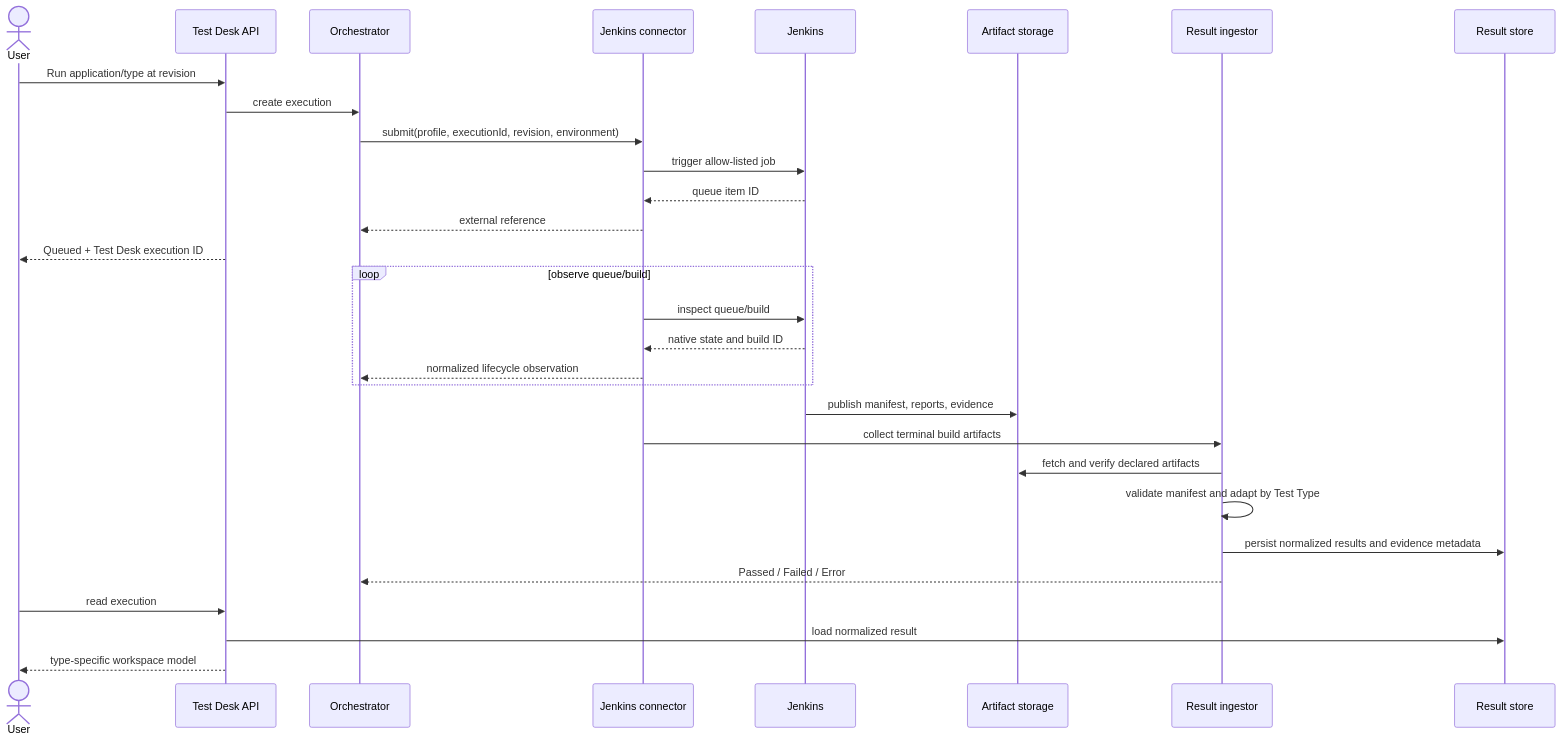
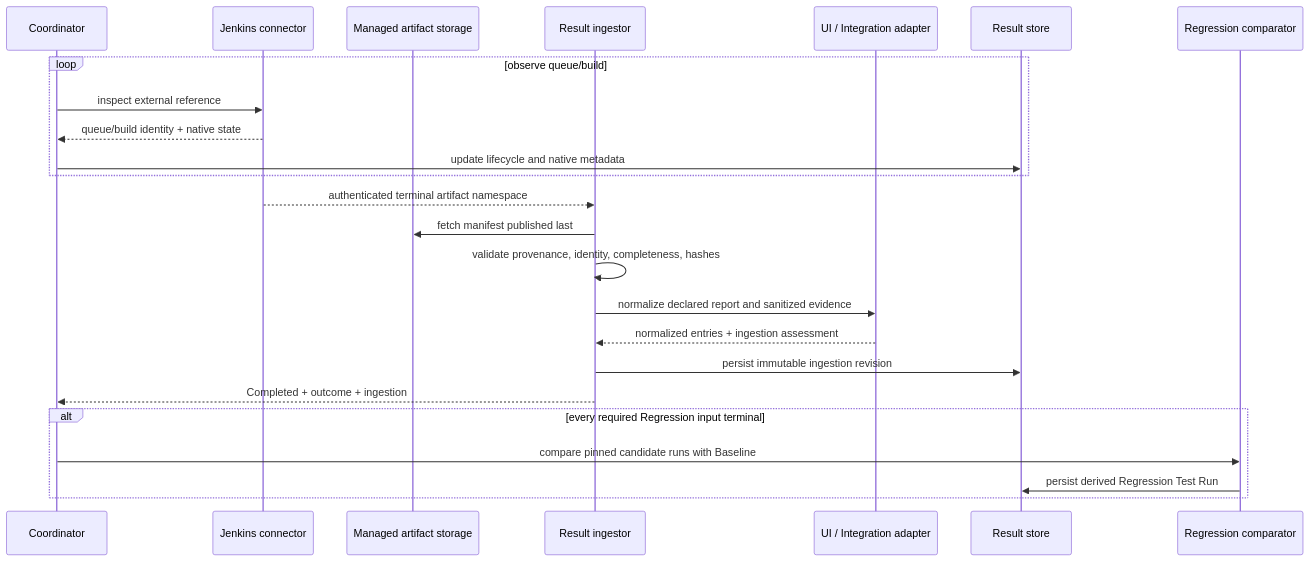
The sixth of 6 diagrams in docs/architecture/jenkins-test-results.md (blantonsbourbon/test-desk), drawn with Mermaid before and after one commit. The commit also changed other lines of this file and 14 other files, not shown here.

Commit message:
docs: update test result architecture and workspaces

````diff
--- a/docs/architecture/jenkins-test-results.md
+++ b/docs/architecture/jenkins-test-results.md
@@ -117,35 +269,29 @@
 ```mermaid
 sequenceDiagram
-    actor User
-    participant API as Test Desk API
-    participant Orch as Orchestrator
-    participant JC as Jenkins connector
-    participant J as Jenkins
-    participant A as Artifact storage
+    participant C as Coordinator
+    participant J as Jenkins connector
+    participant A as Managed artifact storage
     participant I as Result ingestor
-    participant DB as Result store
-
-    User->>API: Run application/type at revision
-    API->>Orch: create execution
-    Orch->>JC: submit(profile, executionId, revision, environment)
-    JC->>J: trigger allow-listed job
-    J-->>JC: queue item ID
-    JC-->>Orch: external reference
-    API-->>User: Queued + Test Desk execution ID
+    participant T as UI / Integration adapter
+    participant S as Result store
+    participant R as Regression comparator
 
     loop observe queue/build
-        JC->>J: inspect queue/build
-        J-->>JC: native state and build ID
-        JC-->>Orch: normalized lifecycle observation
+        C->>J: inspect external reference
+        J-->>C: queue/build identity + native state
+        C->>S: update lifecycle and native metadata
     end
 
-    J->>A: publish manifest, reports, evidence
-    JC->>I: collect terminal build artifacts
-    I->>A: fetch and verify declared artifacts
-    I->>I: validate manifest and adapt by Test Type
-    I->>DB: persist normalized results and evidence metadata
-    I-->>Orch: Passed / Failed / Error
-    User->>API: read execution
-    API->>DB: load normalized result
-    API-->>User: type-specific workspace model
+    J-->>I: authenticated terminal artifact namespace
+    I->>A: fetch manifest published last
+    I->>I: validate provenance, identity, completeness, hashes
+    I->>T: normalize declared report and sanitized evidence
+    T-->>I: normalized entries + ingestion assessment
+    I->>S: persist immutable ingestion revision
+    I-->>C: Completed + outcome + ingestion
+
+    alt every required Regression input terminal
+        C->>R: compare pinned candidate runs with Baseline
+        R->>S: persist derived Regression Test Run
+    end
 ```
````
